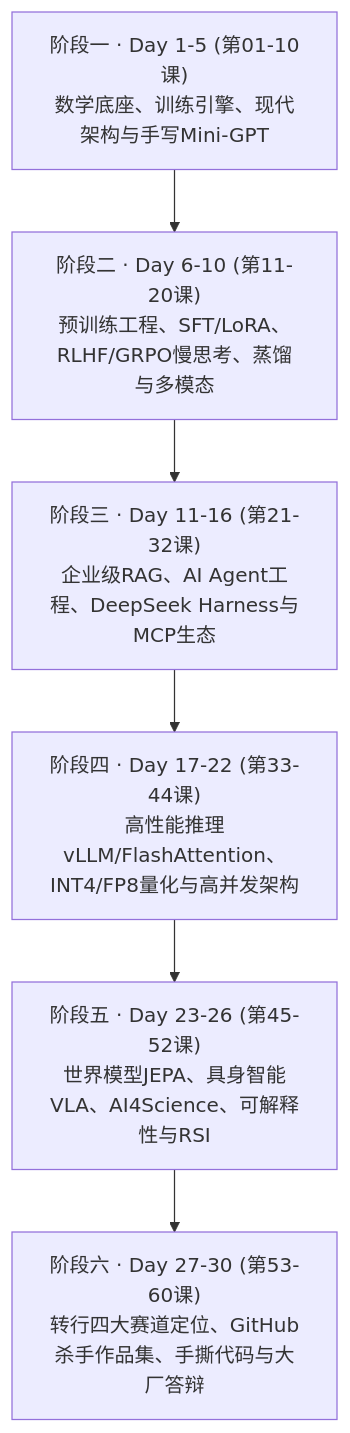
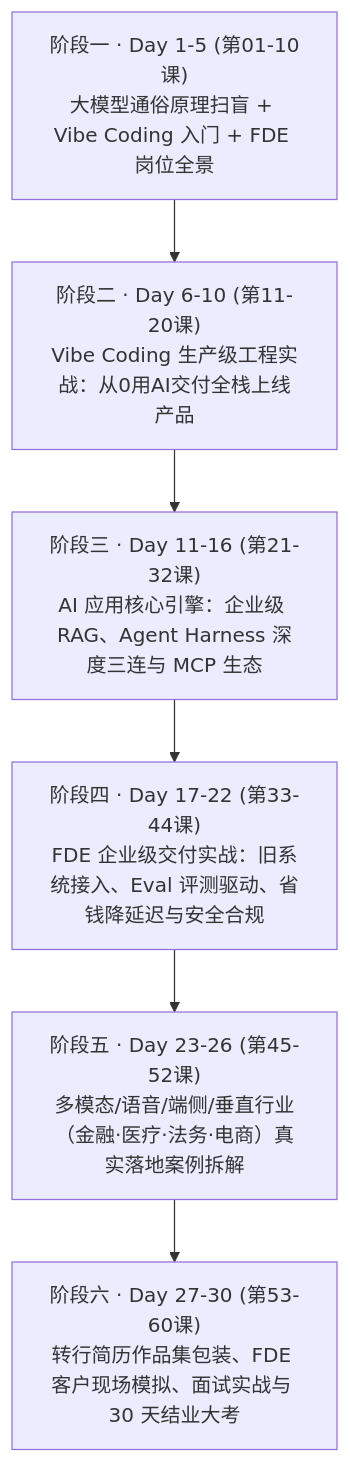
One commit to JJacksonchen/30-days-ai-expert changed the diagram in SYLLABUS_60_LESSONS.md. Above: the diagram before and after it, drawn with Mermaid. The commit also changed other lines of this file and 27 other files, not shown here.

Commit message:
refactor: pivot full 60-lesson open-source repo to AI Application Engineer & FDE + Vibe Coding with plain-language life stories

````diff
--- a/SYLLABUS_60_LESSONS.md
+++ b/SYLLABUS_60_LESSONS.md
@@ -12,11 +12,11 @@
 ```mermaid
 flowchart TD
-    S1["阶段一 · Day 1-5 (第01-10课)<br/>数学底座、训练引擎、现代架构与手写Mini-GPT"]
-    S2["阶段二 · Day 6-10 (第11-20课)<br/>预训练工程、SFT/LoRA、RLHF/GRPO慢思考、蒸馏与多模态"]
-    S3["阶段三 · Day 11-16 (第21-32课)<br/>企业级RAG、AI Agent工程、DeepSeek Harness与MCP生态"]
-    S4["阶段四 · Day 17-22 (第33-44课)<br/>高性能推理vLLM/FlashAttention、INT4/FP8量化与高并发架构"]
-    S5["阶段五 · Day 23-26 (第45-52课)<br/>世界模型JEPA、具身智能VLA、AI4Science、可解释性与RSI"]
-    S6["阶段六 · Day 27-30 (第53-60课)<br/>转行四大赛道定位、GitHub杀手作品集、手撕代码与大厂答辩"]
+    S1["阶段一 · Day 1-5 (第01-10课)<br/>大模型通俗原理扫盲 + Vibe Coding 入门 + FDE 岗位全景"]
+    S2["阶段二 · Day 6-10 (第11-20课)<br/>Vibe Coding 生产级工程实战：从0用AI交付全栈上线产品"]
+    S3["阶段三 · Day 11-16 (第21-32课)<br/>AI 应用核心引擎：企业级 RAG、Agent Harness 深度三连与 MCP 生态"]
+    S4["阶段四 · Day 17-22 (第33-44课)<br/>FDE 企业级交付实战：旧系统接入、Eval 评测驱动、省钱降延迟与安全合规"]
+    S5["阶段五 · Day 23-26 (第45-52课)<br/>多模态/语音/端侧/垂直行业（金融·医疗·法务·电商）真实落地案例拆解"]
+    S6["阶段六 · Day 27-30 (第53-60课)<br/>转行简历作品集包装、FDE 客户现场模拟、面试实战与 30 天结业大考"]
 
     S1 --> S2 --> S3 --> S4 --> S5 --> S6
 ```
````
